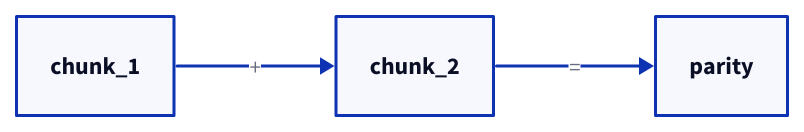
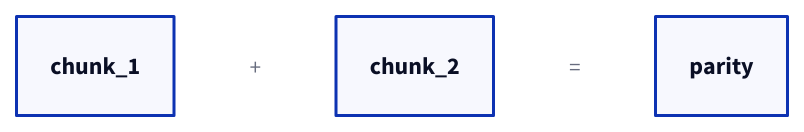
Diagram 11 of 19 in content/docs/data-persistence/media-storage.md (link1905/system-design-101), drawn with D2 before and after one commit. The commit also changed other lines of this file and 40 other files, not shown here.

````diff
--- a/content/docs/data-persistence/media-storage.md
+++ b/content/docs/data-persistence/media-storage.md
@@ -311,8 +337,14 @@
 ```d2
 direction: right
 c1: chunk_1 { class: file }
 c2: chunk_2 { class: file }
 c3: parity { class: file }
-c1 -> c2: "+"
-c2 -> c3: "="
+c1 -- c2: "+" {
+  class: bold-text
+  style.stroke-width: 0
+}
+c2 -- c3: "=" {
+  class: bold-text
+  style.stroke-width: 0
+}
 ```
````
